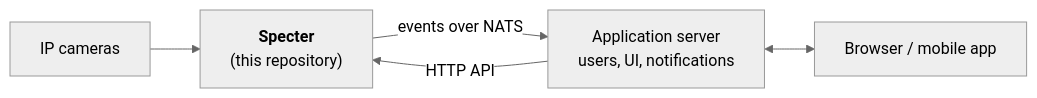
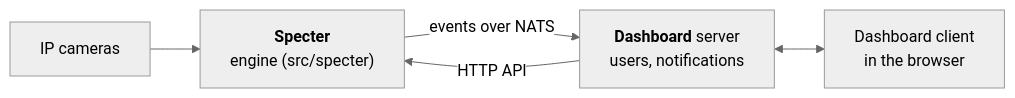
Before and after one commit to f000-6F6F-7462/Specter: the diagram in README.md, drawn with Mermaid (neutral theme). The commit also changed other lines of this file and 30 other files, not shown here.

````diff
--- a/README.md
+++ b/README.md
@@ -24,7 +48,7 @@
 ```mermaid
 flowchart LR
-    CAM["IP cameras"] --> S["<b>Specter</b><br/>(this repository)"]
-    APP["Application server<br/>users, UI, notifications"] -- "HTTP API" --> S
+    CAM["IP cameras"] --> S["<b>Specter</b><br/>engine (src/specter)"]
+    APP["<b>Dashboard</b> server<br/>users, notifications"] -- "HTTP API" --> S
     S -- "events over NATS" --> APP
-    APP <--> UI["Browser / mobile app"]
+    APP <--> UI["Dashboard client<br/>in the browser"]
 ```
````
